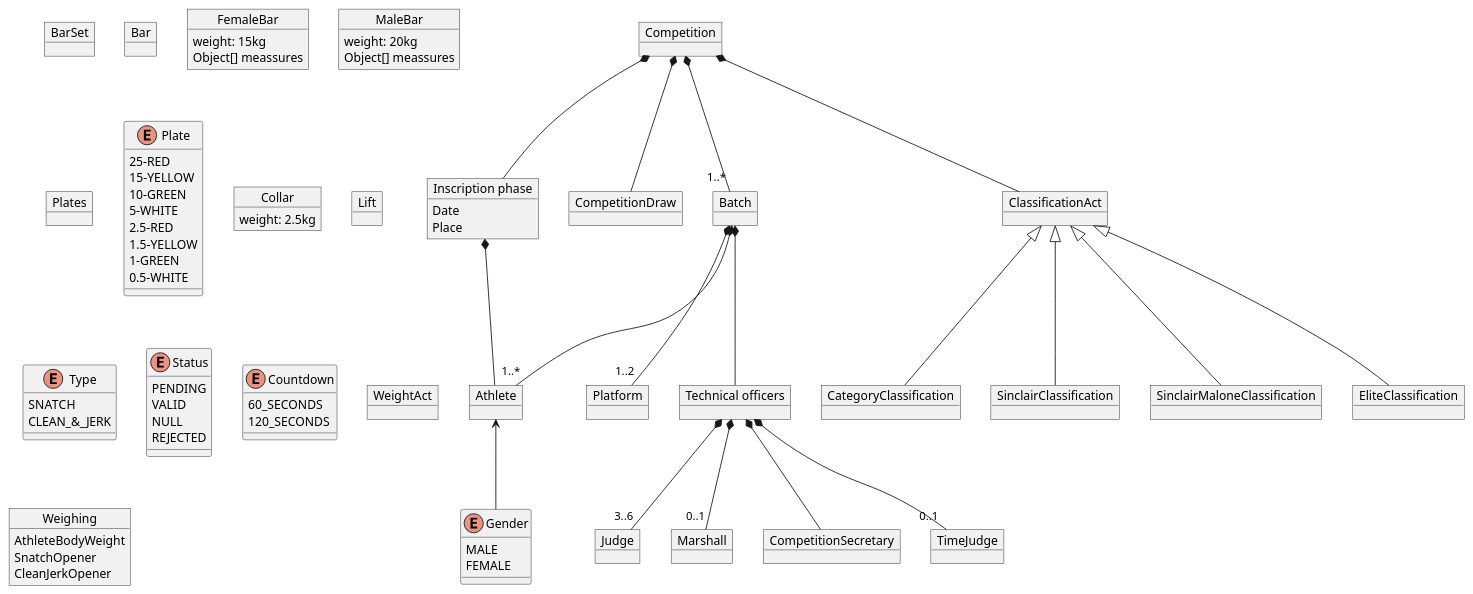
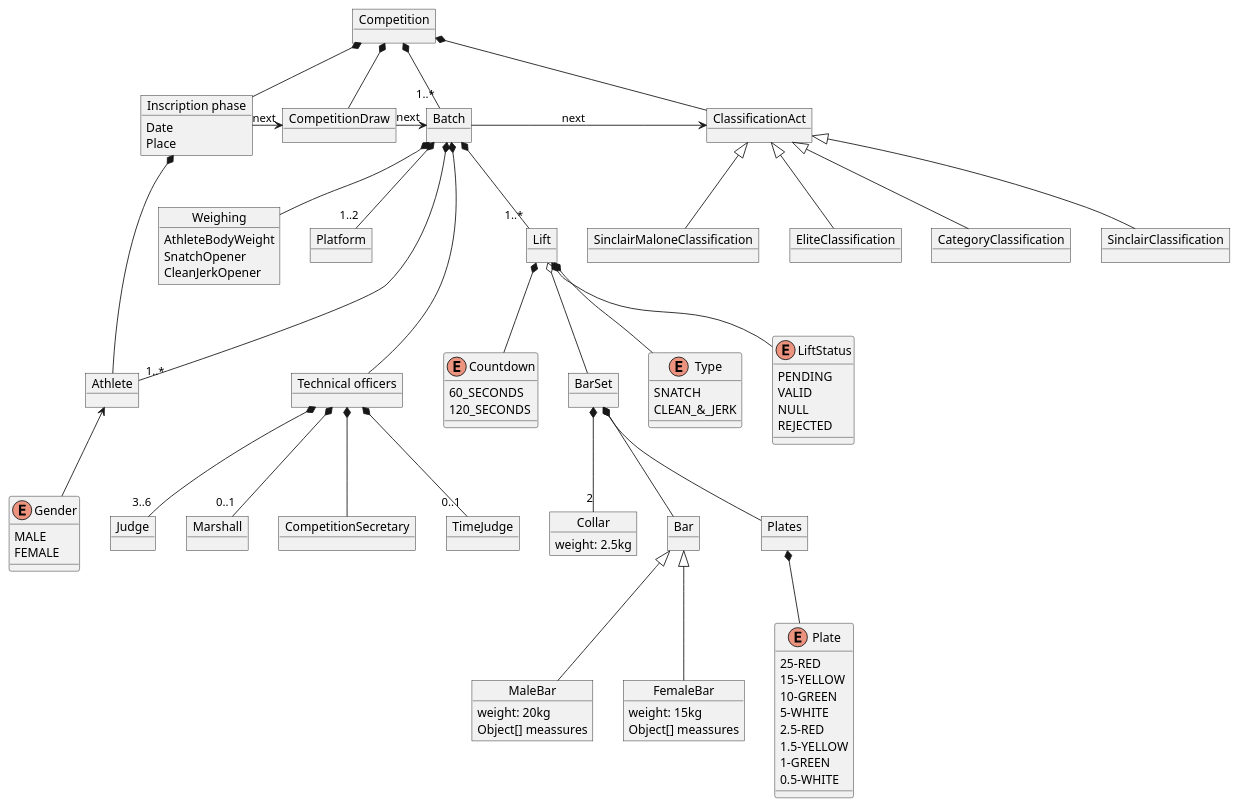
The diagram in diagrams/modelDomain/competitionDomainModelNew.puml (zuldare/mastercloud_pfm_halterocms), drawn with PlantUML before and after one commit. The commit also changed other lines of this file, not shown here.

```diff
--- a/diagrams/modelDomain/competitionDomainModelNew.puml
+++ b/diagrams/modelDomain/competitionDomainModelNew.puml
@@ -1,5 +1,4 @@
 @startuml
-'https://plantuml.com/object-diagram
 
 object Competition
 
@@ -10,6 +9,14 @@
 
 object CompetitionDraw
 object Batch
+
+
+' Weighing
+object Weighing {
+  AthleteBodyWeight
+  SnatchOpener
+  CleanJerkOpener
+}
 
 object ClassificationAct
 object CategoryClassification
@@ -24,16 +31,6 @@
   FEMALE
 }
 
-Competition *-- Inscription
-Inscription *-- Athlete
-Athlete <-- Gender
-Competition *-- CompetitionDraw
-Competition *-- "1..*" Batch
-
-Batch *-- "1..2" Platform
-Batch *-- "1..*" Athlete
-
-
 ' Technical officers
 object "Technical officers" as TC
 object Judge
@@ -41,18 +38,93 @@
 object CompetitionSecretary
 object TimeJudge
 
-Batch *-- TC
-TC *-- "3..6" Judge
-TC *-- CompetitionSecretary
-TC *-- "0..1" Marshall
-TC *-- "0..1" TimeJudge
+' Lifts
+object Lift
+enum Type {
+  SNATCH
+  CLEAN_&_JERK
+}
 
+enum LiftStatus {
+  PENDING
+  VALID
+  NULL
+  REJECTED
+}
+
+enum Countdown {
+  60_SECONDS
+  120_SECONDS
+}
+
+' Bars
+object BarSet
+object Bar
+object FemaleBar {
+  weight: 15kg
+  Object[] meassures
+}
+object MaleBar {
+  weight: 20kg
+  Object[] meassures
+}
+object Plates
+enum Plate {
+  25-RED
+  15-YELLOW
+  10-GREEN
+  5-WHITE
+  2.5-RED
+  1.5-YELLOW
+  1-GREEN
+  0.5-WHITE
+}
+object Collar {
+  weight: 2.5kg
+}
+
+' skinparam nodesep 50 CONTROLS node horizontal separation
+' skinparam ranksep 60 CONTROLS vertical separation
+
+Competition *-- Inscription
+Inscription *-- Athlete
+Athlete <-- Gender
+Competition *-- CompetitionDraw
+Competition *-- "1..*" Batch
 Competition *-- ClassificationAct
 ClassificationAct <|-- CategoryClassification
 ClassificationAct <|-- SinclairClassification
 ClassificationAct <|-- SinclairMaloneClassification
 ClassificationAct <|-- EliteClassification
 
+Batch -right-> "next                                       " ClassificationAct
+Inscription -right-> "next" CompetitionDraw
+CompetitionDraw -right-> "next" Batch
+
+
+Batch *-- Weighing
+
+Batch *-- "1..2" Platform
+Batch *--- "1..*" Athlete
+Batch *--- TC
+
+TC *-- "3..6" Judge
+TC *-- CompetitionSecretary
+TC *-- "0..1" Marshall
+TC *-- "0..1" TimeJudge
+
+Batch *-- "1..*" Lift
+
+Lift *-- Type
+Lift *-- LiftStatus
+Lift *-- Countdown
+Lift o-- BarSet
+BarSet *-- Bar
+BarSet *-- Plates
+BarSet *-- "2" Collar
+Bar <|-- FemaleBar
+Bar <|-- MaleBar
+Plates *-- Plate
 
 'object Category {
 '  example: [M35-109, Sub19 M-94..]
@@ -69,68 +141,7 @@
 'object Senior
 'object Master
 
-' Bars
-object BarSet
-object Bar
 
-object FemaleBar {
-  weight: 15kg
-  Object[] meassures
-}
-object MaleBar {
-  weight: 20kg
-  Object[] meassures
-}
-
-
-object Plates
-
-enum Plate {
-  25-RED
-  15-YELLOW
-  10-GREEN
-  5-WHITE
-  2.5-RED
-  1.5-YELLOW
-  1-GREEN
-  0.5-WHITE
-}
-
-object Collar {
-  weight: 2.5kg
-}
-
-' Lifts
-object Lift
-enum Type {
-  SNATCH
-  CLEAN_&_JERK
-}
-
-enum Status {
-  PENDING
-  VALID
-  NULL
-  REJECTED
-}
-
-enum Countdown {
-  60_SECONDS
-  120_SECONDS
-}
-
-' Competition acts
-object WeightAct
-
-' Clasification Acts
-
-
-' Weighing
-object Weighing {
-  AthleteBodyWeight
-  SnatchOpener
-  CleanJerkOpener
-}
 
 
 
@@ -186,8 +197,7 @@
 'Athlete o------ Category
 '
 'BarSet *-- Bar
-'Bar <|-- FemaleBar
-'Bar <|-- MaleBar
+
 'BarSet *-- "2" Collar
 '
 'BarSet *-- Plates
```
